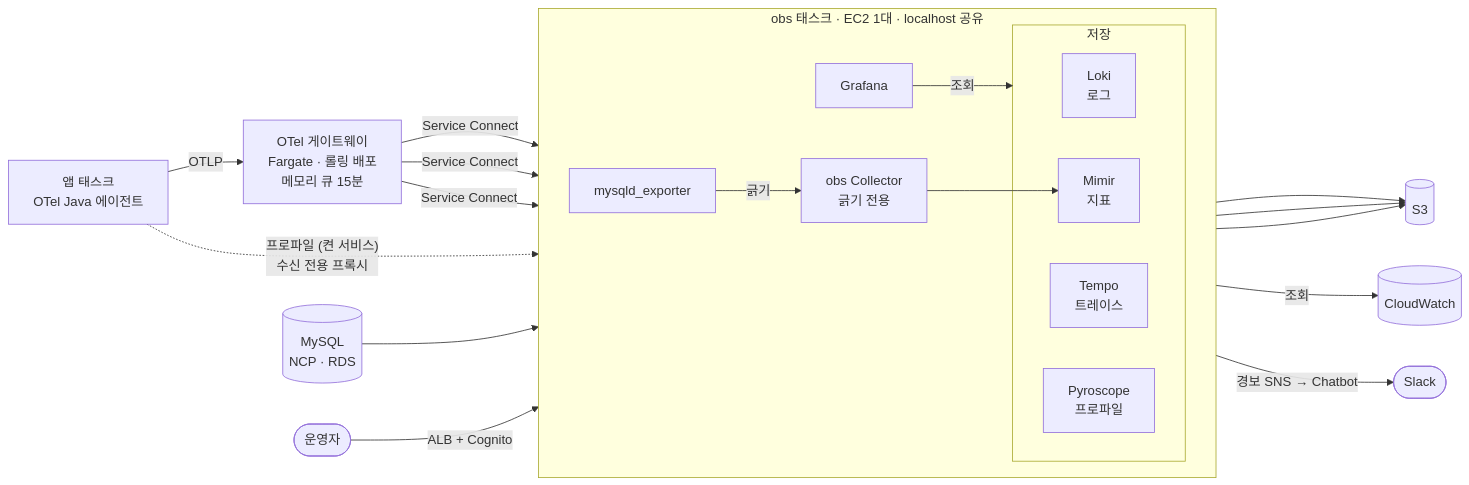
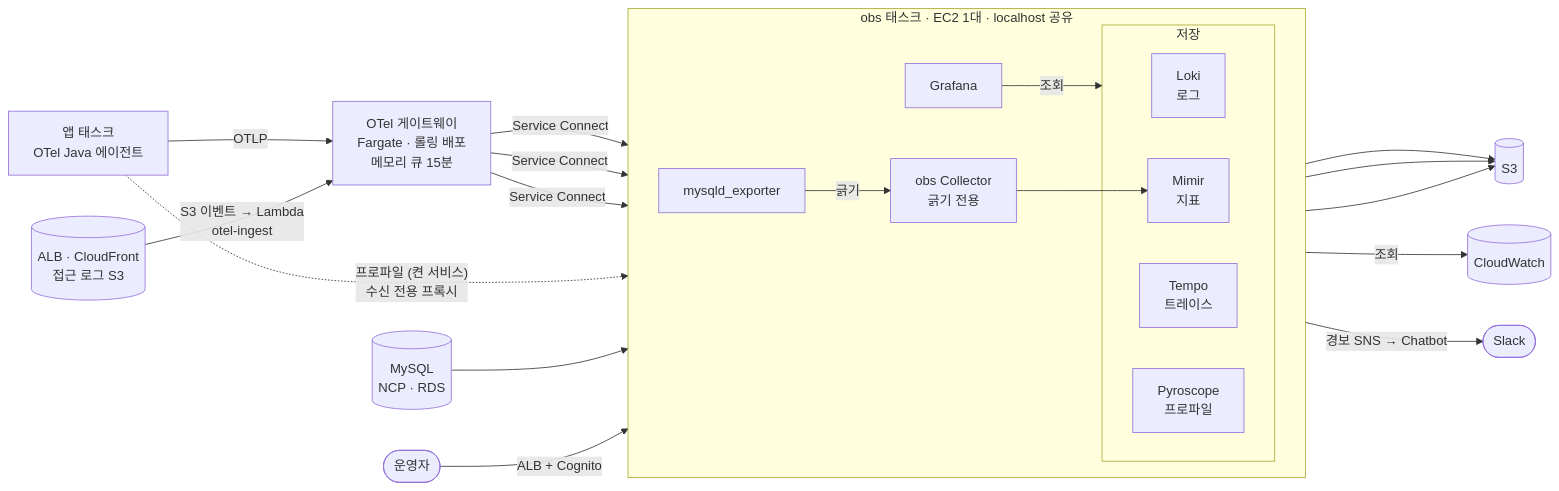
The first of 5 diagrams in terraform/aws/monitoring/lgtm/nova_apnortheast2/config/README.md (Grandis-2/nova-infra), drawn with Mermaid before and after one commit. The commit also changed other lines of this file and 22 other files, not shown here.

Commit message:
feat(lambda): 엣지 접근 로그를 OTel 게이트웨이로 보내는 Lambda 와 함수 공통 모듈 (NV-542 2/3)

````diff
--- a/terraform/aws/monitoring/lgtm/nova_apnortheast2/config/README.md
+++ b/terraform/aws/monitoring/lgtm/nova_apnortheast2/config/README.md
@@ -20,37 +20,39 @@
 ```mermaid
 flowchart LR
   app["앱 태스크<br/>OTel Java 에이전트"]
   ncp[("MySQL<br/>NCP · RDS")]
   user(["운영자"])
 
   gw["OTel 게이트웨이<br/>Fargate · 롤링 배포<br/>메모리 큐 15분"]
 
   subgraph obs["obs 태스크 · EC2 1대 · localhost 공유"]
     direction LR
     exp["mysqld_exporter"]
     col["obs Collector<br/>긁기 전용"]
     subgraph store["저장"]
       loki["Loki<br/>로그"]
       tempo["Tempo<br/>트레이스"]
       mimir["Mimir<br/>지표"]
       pyro["Pyroscope<br/>프로파일"]
     end
     graf["Grafana"]
   end
 
   s3[("S3")]
   cw[("CloudWatch")]
   slack(["Slack"])
 
+  edge[("ALB · CloudFront<br/>접근 로그 S3")]
   app -- "OTLP" --> gw
+  edge -- "S3 이벤트 → Lambda<br/>otel-ingest" --> gw
   gw -- "Service Connect" --> loki & tempo & mimir
   app -. "프로파일 (켠 서비스)<br/>수신 전용 프록시" .-> pyro
   exp -- "긁기" --> col
   ncp --> exp
   col --> mimir
   loki & tempo & mimir --> s3
   graf -- "조회" --> store
   graf -- "조회" --> cw
   graf -- "경보 SNS → Chatbot" --> slack
   user -- "ALB + Cognito" --> graf
 ```
````
